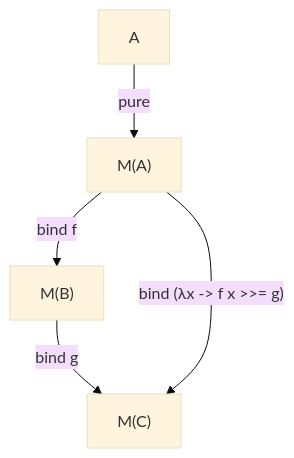
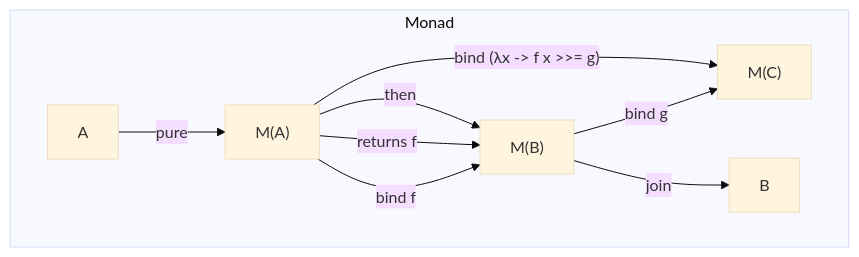
The seventh of 7 diagrams in docs/category_theory.md (but212/rustica), drawn with Mermaid (base theme) before and after one commit. The commit also changed other lines of this file and 31 other files, not shown here.

````diff
--- a/docs/category_theory.md
+++ b/docs/category_theory.md
@@ -142,7 +248,12 @@
 ```mermaid
 flowchart TB
-    A["A"] --> |"pure"| MA["M(A)"]
-    MA --> |"bind f"| MB["M(B)"]
-    MB --> |"bind g"| MC["M(C)"]
-    MA --> |"bind (λx -> f x >>= g)"| MC
+    subgraph "Monad"
+        A["A"] --> |"pure"| MA["M(A)"]
+        MA --> |"bind f"| MB["M(B)"]
+        MB --> |"bind g"| MC["M(C)"]
+        MA --> |"bind (λx -> f x >>= g)"| MC
+        MA --> |"returns f"| MB
+        MA --> |"then"| MB
+        MB --> |"join"| B["B"]
+    end
 ```
````
